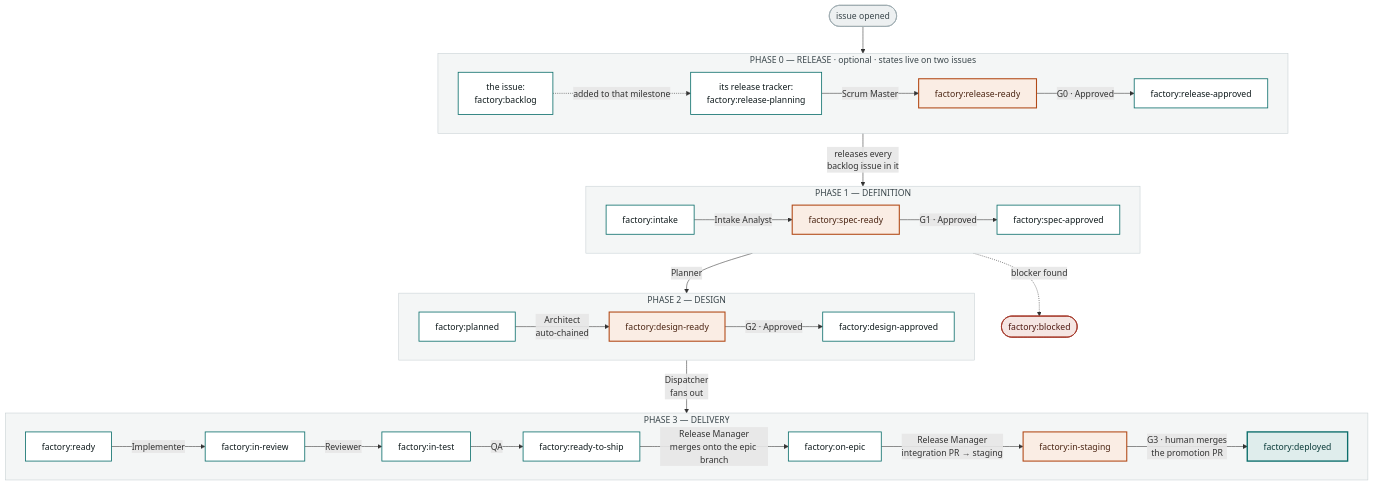
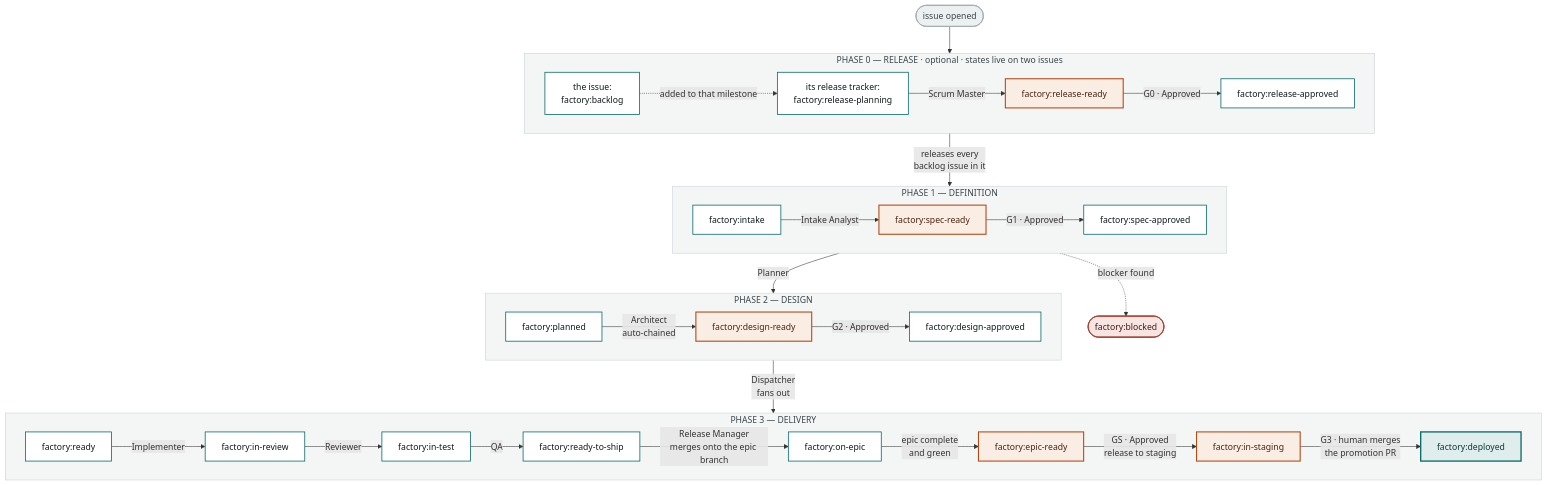
The diagram in wiki/Factory-Pipeline-States.md (genai-jerry/claude-software-factory), drawn with Mermaid before and after one commit. The commit also changed other lines of this file, not shown here.

First line of the commit message:
Wiki: add gate GS and factory:epic-ready to the state machine page

````diff
--- a/wiki/Factory-Pipeline-States.md
+++ b/wiki/Factory-Pipeline-States.md
@@ -17,57 +17,58 @@
 ```mermaid
 flowchart TB
   OPEN(["issue opened"]) --> R0
 
   subgraph P0["PHASE 0 — RELEASE · optional · states live on two issues"]
     direction LR
     R0["the issue:<br/>factory:backlog"]
     R1["its release tracker:<br/>factory:release-planning"] -- "Scrum Master" --> R2["factory:release-ready"]
     R2 -- "G0 · Approved" --> R3["factory:release-approved"]
     R0 -. "added to that milestone" .-> R1
   end
 
   R3 -- "releases every<br/>backlog issue in it" --> A
 
   subgraph P1["PHASE 1 — DEFINITION"]
     direction LR
     A["factory:intake"] -- "Intake Analyst" --> B["factory:spec-ready"]
     B -- "G1 · Approved" --> C["factory:spec-approved"]
   end
 
   subgraph P2["PHASE 2 — DESIGN"]
     direction LR
     D["factory:planned"] -- "Architect<br/>auto-chained" --> E["factory:design-ready"]
     E -- "G2 · Approved" --> F["factory:design-approved"]
   end
 
   subgraph P3["PHASE 3 — DELIVERY"]
     direction LR
     G["factory:ready"] -- "Implementer" --> H["factory:in-review"]
     H -- "Reviewer" --> I["factory:in-test"]
     I -- "QA" --> J["factory:ready-to-ship"]
     J -- "Release Manager<br/>merges onto the epic branch" --> E2["factory:on-epic"]
-    E2 -- "Release Manager<br/>integration PR → staging" --> S["factory:in-staging"]
+    E2 -- "epic complete<br/>and green" --> ER["factory:epic-ready"]
+    ER -- "GS · Approved<br/>release to staging" --> S["factory:in-staging"]
     S -- "G3 · human merges<br/>the promotion PR" --> K["factory:deployed"]
   end
 
   C -- "Planner" --> D
   F -- "Dispatcher<br/>fans out" --> G
   A -. "blocker found" .-> X(["factory:blocked"])
 
   classDef state fill:#FFFFFF,stroke:#0B6E6B,stroke-width:1.5px,color:#0F1A1C
   classDef gate fill:#FAEDE4,stroke:#B24A17,stroke-width:2px,color:#4A2412
   classDef done fill:#DFEDEC,stroke:#0B6E6B,stroke-width:2.5px,color:#0A3B39
   classDef halt fill:#F5E6E3,stroke:#A33526,stroke-width:1.5px,color:#4E1811
   classDef entry fill:#EDF0F1,stroke:#9FADB1,stroke-width:1.5px,color:#3A464B
 
   class A,C,D,F,G,H,I,J,E2,R0,R1,R3 state
-  class B,E,S,R2 gate
+  class B,E,S,ER,R2 gate
   class K done
   class X halt
   class OPEN entry
 
   style P0 fill:#F4F6F6,stroke:#C6CFD2,color:#3A464B
   style P1 fill:#F4F6F6,stroke:#C6CFD2,color:#3A464B
   style P2 fill:#F4F6F6,stroke:#C6CFD2,color:#3A464B
   style P3 fill:#F4F6F6,stroke:#C6CFD2,color:#3A464B
 ```
````
